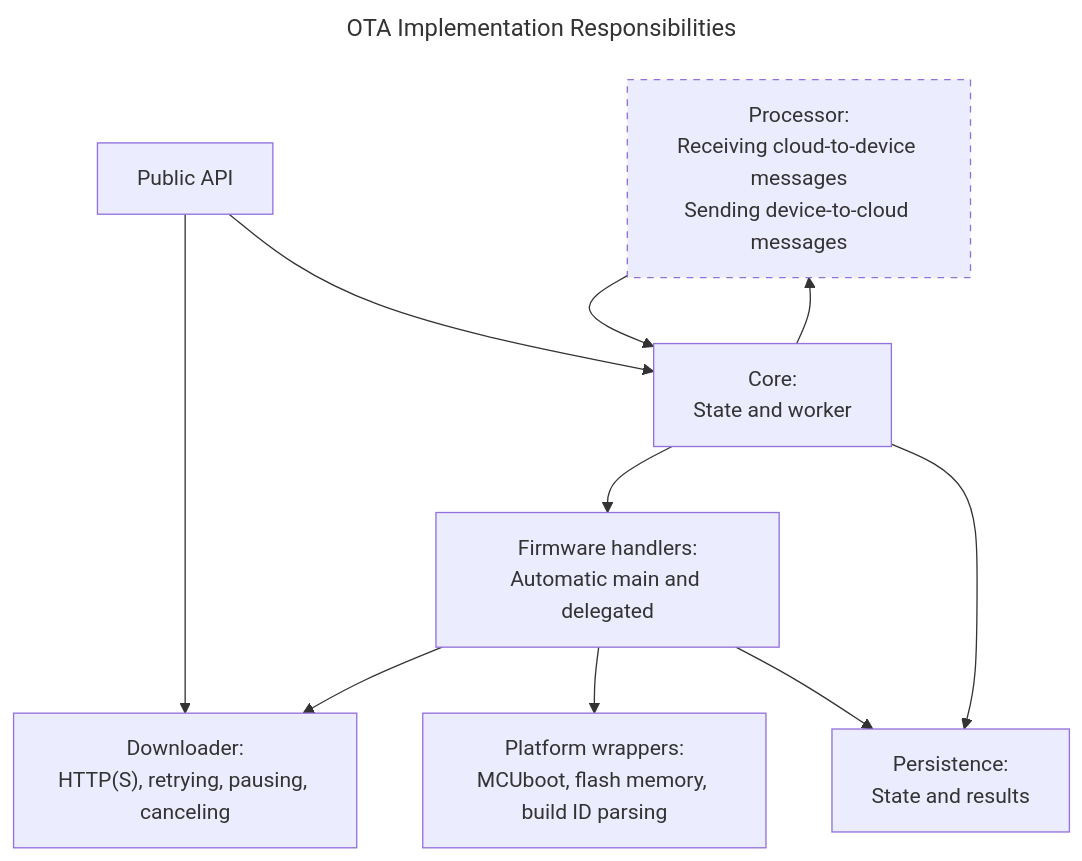
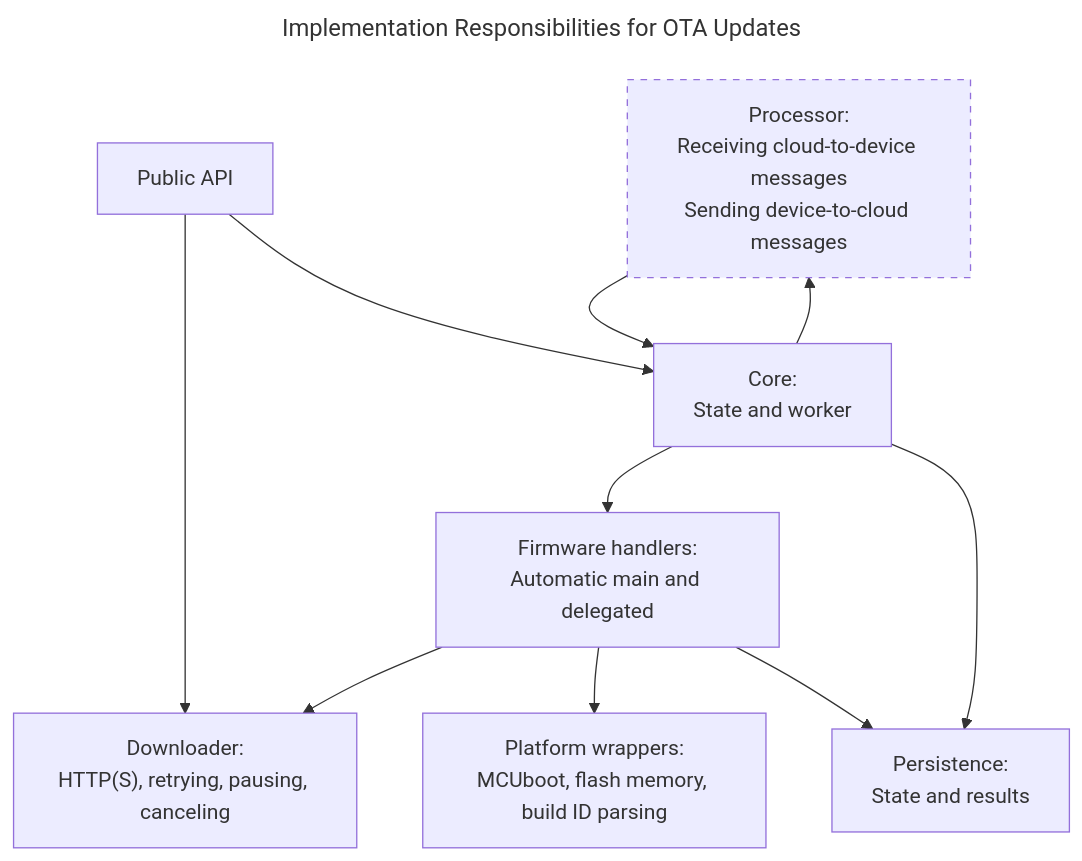
Before and after one commit to spotflow-io/device-sdk: the fourth of 5 diagrams in README.md, drawn with Mermaid. The commit also changed other lines of this file and 1 other file, not shown here.

Commit message:
Improve documentation and diagrams

````diff
--- a/README.md
+++ b/README.md
@@ -177,25 +177,25 @@
 ```mermaid
 ---
-title: OTA Implementation Responsibilities
+title: Implementation Responsibilities for OTA Updates
 ---
 flowchart TD
     processor[Processor:<br/>Receiving cloud-to-device messages<br/>Sending device-to-cloud messages]
     facade[Public API]
     core[Core:<br/>State and worker]
     firmware[Firmware handlers:<br/>Automatic main and delegated]
     downloader["Downloader:<br/>HTTP(S), retrying, pausing, canceling"]
     persistence[Persistence:<br/>State and results]
     platform[Platform wrappers:<br/>MCUboot, flash memory, build ID parsing]
 
     style processor stroke-dasharray: 5 5
 
     processor --> core
     facade --> downloader
     facade --> core
     core --> firmware
     core --> persistence
     core --> processor
     firmware --> downloader
     firmware --> platform
     firmware --> persistence
 ```
````
